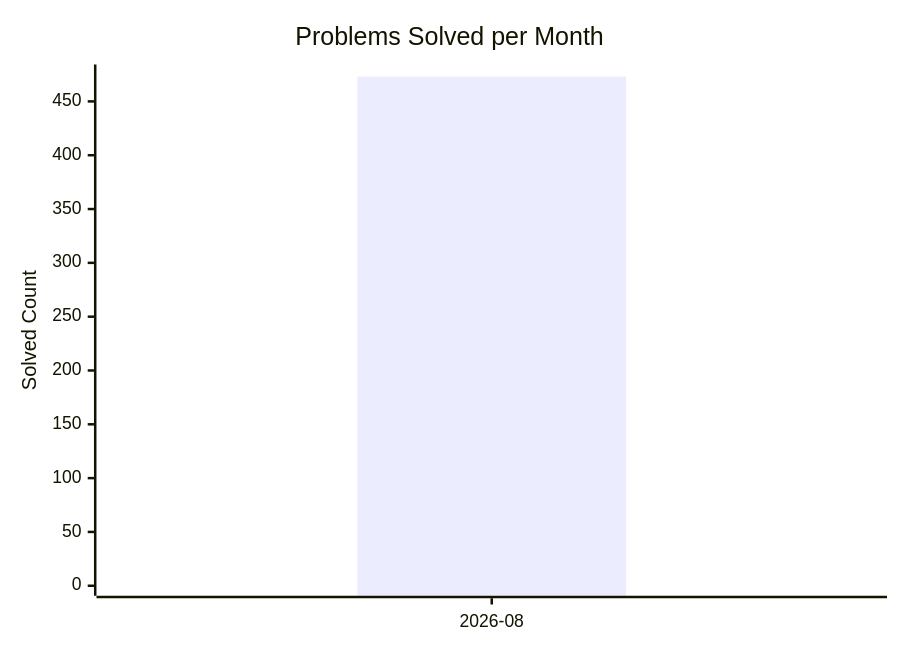
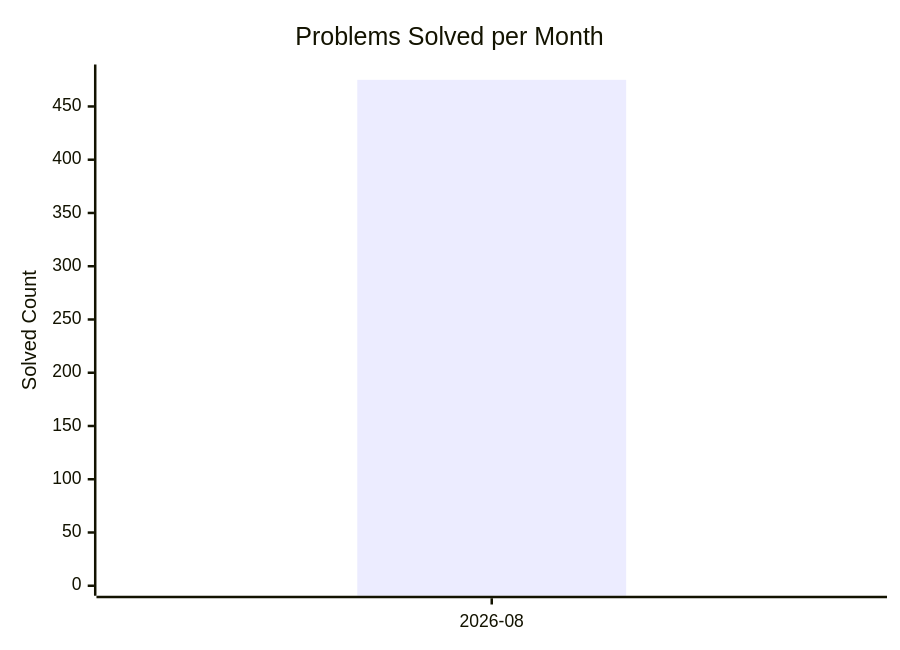
Before and after one commit to AdityaPandey-DEV/CP-Progress-Sync: the diagram in dashboard.md, drawn with Mermaid. The commit also changed other lines of this file, not shown here.

Commit message:
Auto-update CP dashboard [skip ci]

````diff
--- a/dashboard.md
+++ b/dashboard.md
@@ -8,8 +8,8 @@
 ```mermaid
 xychart-beta
     title "Problems Solved per Month"
     x-axis ["2026-08"]
-    y-axis "Solved Count" 0 --> 475
-    bar [473]
-    line [473]
+    y-axis "Solved Count" 0 --> 480
+    bar [475]
+    line [475]
 ```
````
